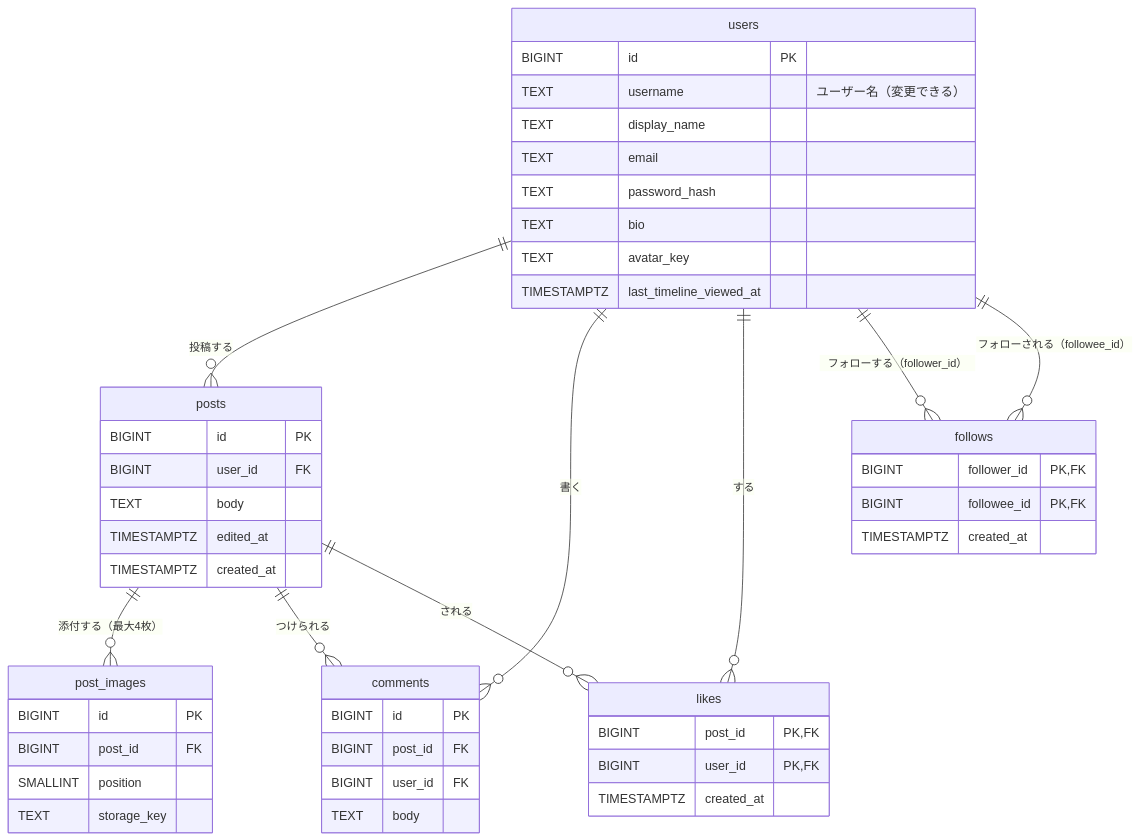
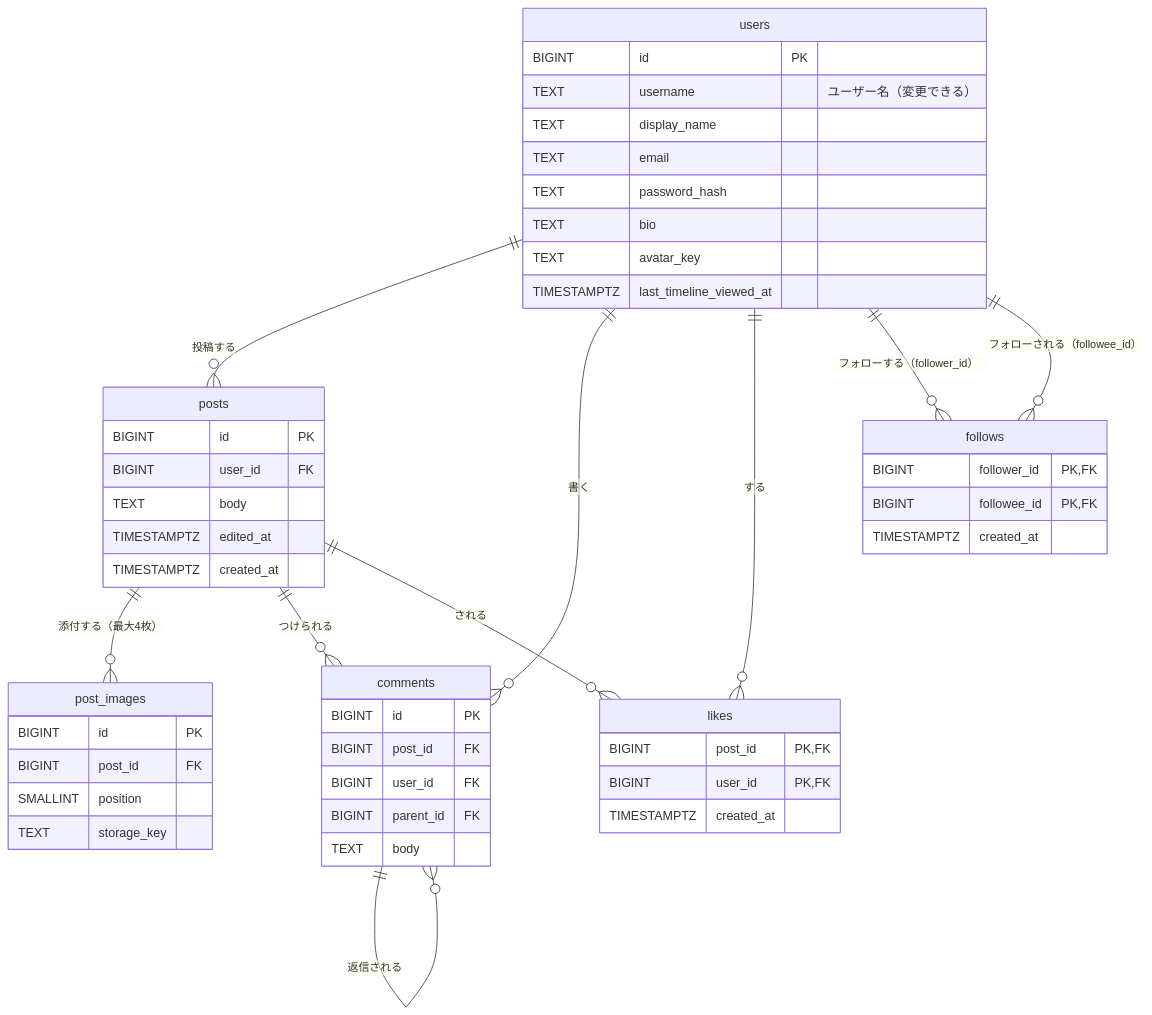
The diagram in docs/03_db-design.md (major182/RaiseTimeline), drawn with Mermaid before and after one commit. The commit also changed other lines of this file and 4 other files, not shown here.

````diff
--- a/docs/03_db-design.md
+++ b/docs/03_db-design.md
@@ -59,51 +60,53 @@
 ```mermaid
 erDiagram
     users ||--o{ posts : "投稿する"
     posts ||--o{ post_images : "添付する（最大4枚）"
     posts ||--o{ comments : "つけられる"
+    comments ||--o{ comments : "返信される"
     users ||--o{ comments : "書く"
     users ||--o{ likes : "する"
     posts ||--o{ likes : "される"
     users ||--o{ follows : "フォローする（follower_id）"
     users ||--o{ follows : "フォローされる（followee_id）"
 
     users {
         BIGINT id PK
         TEXT username "ユーザー名（変更できる）"
         TEXT display_name
         TEXT email
         TEXT password_hash
         TEXT bio
         TEXT avatar_key
         TIMESTAMPTZ last_timeline_viewed_at
     }
     posts {
         BIGINT id PK
         BIGINT user_id FK
         TEXT body
         TIMESTAMPTZ edited_at
         TIMESTAMPTZ created_at
     }
     post_images {
         BIGINT id PK
         BIGINT post_id FK
         SMALLINT position
         TEXT storage_key
     }
     comments {
         BIGINT id PK
         BIGINT post_id FK
         BIGINT user_id FK
+        BIGINT parent_id FK
         TEXT body
     }
     likes {
         BIGINT post_id PK,FK
         BIGINT user_id PK,FK
         TIMESTAMPTZ created_at
     }
     follows {
         BIGINT follower_id PK,FK
         BIGINT followee_id PK,FK
         TIMESTAMPTZ created_at
     }
 ```
````
